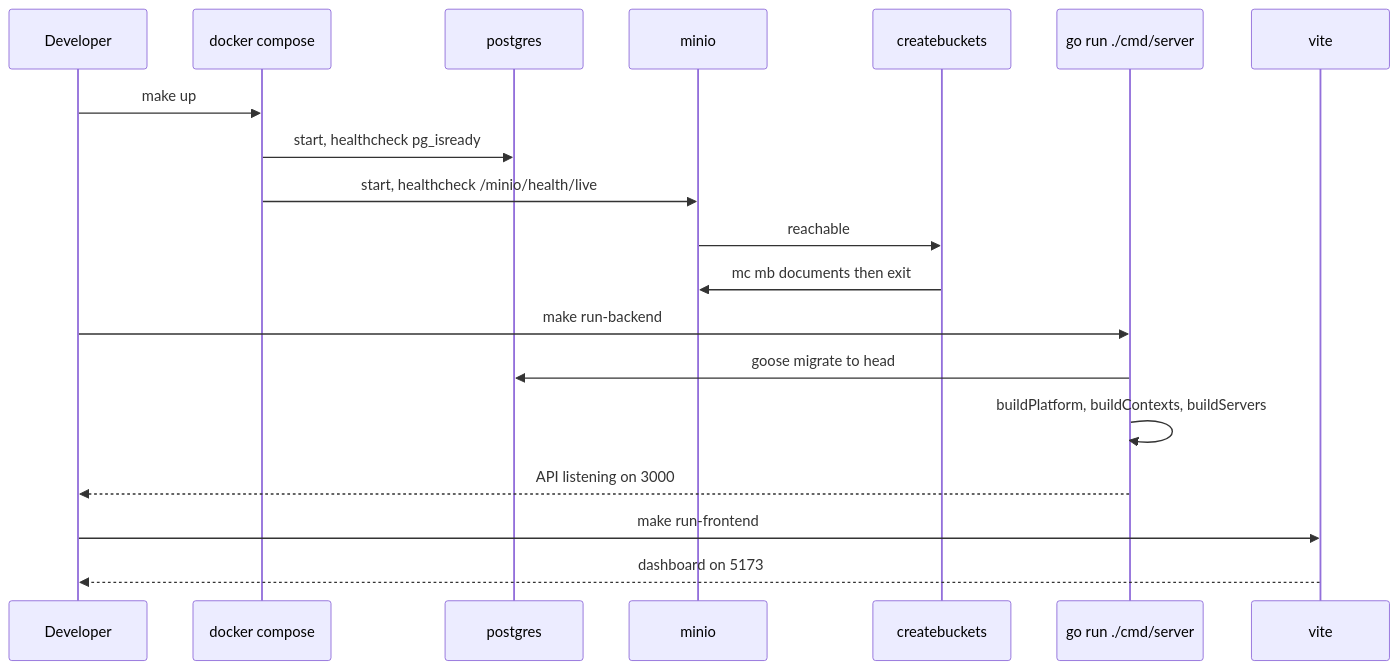
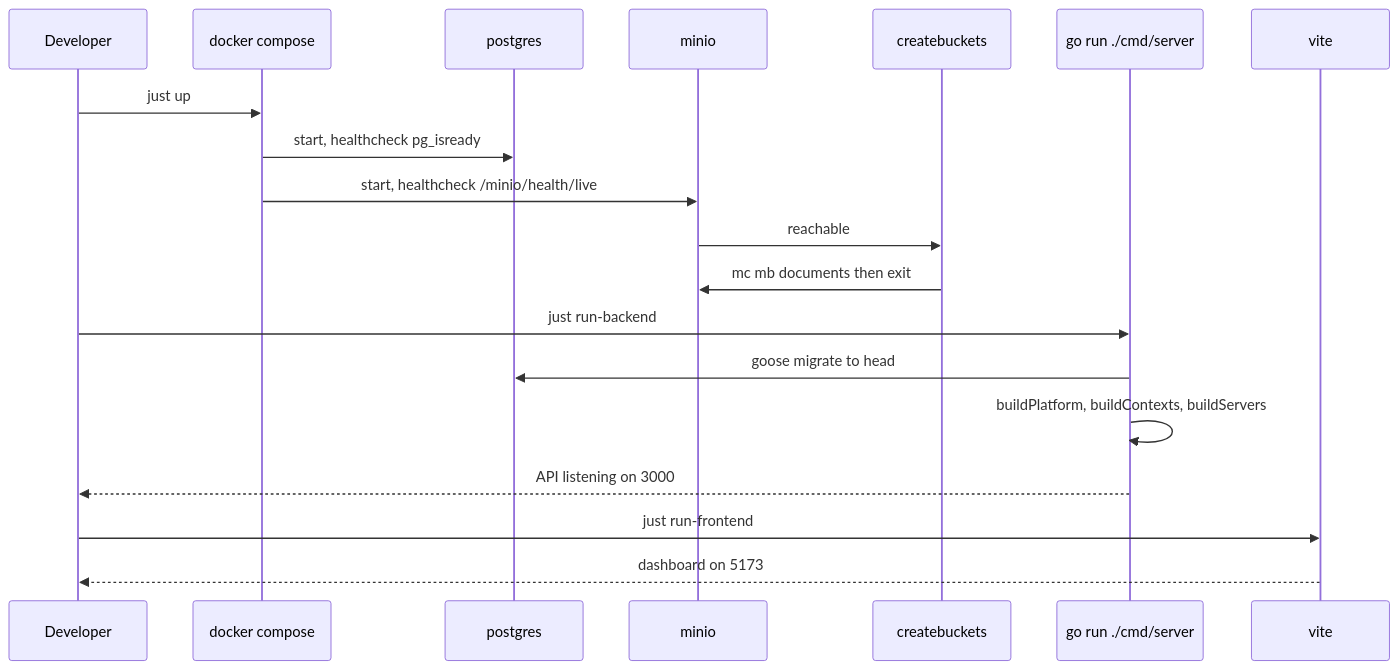
One commit to nonamecat19/job-finder changed the second of 2 diagrams in docs/docs/operations/local-development.md. Above: the diagram before and after it, drawn with Mermaid. The commit also changed other lines of this file and 26 other files, not shown here.

````diff
--- a/docs/docs/operations/local-development.md
+++ b/docs/docs/operations/local-development.md
@@ -148,21 +148,21 @@
 ```mermaid
 sequenceDiagram
     participant D as Developer
     participant C as docker compose
     participant PG as postgres
     participant M as minio
     participant CB as createbuckets
     participant API as go run ./cmd/server
     participant V as vite
-    D->>C: make up
+    D->>C: just up
     C->>PG: start, healthcheck pg_isready
     C->>M: start, healthcheck /minio/health/live
     M->>CB: reachable
     CB->>M: mc mb documents then exit
-    D->>API: make run-backend
+    D->>API: just run-backend
     API->>PG: goose migrate to head
     API->>API: buildPlatform, buildContexts, buildServers
     API-->>D: API listening on 3000
-    D->>V: make run-frontend
+    D->>V: just run-frontend
     V-->>D: dashboard on 5173
 ```
````
